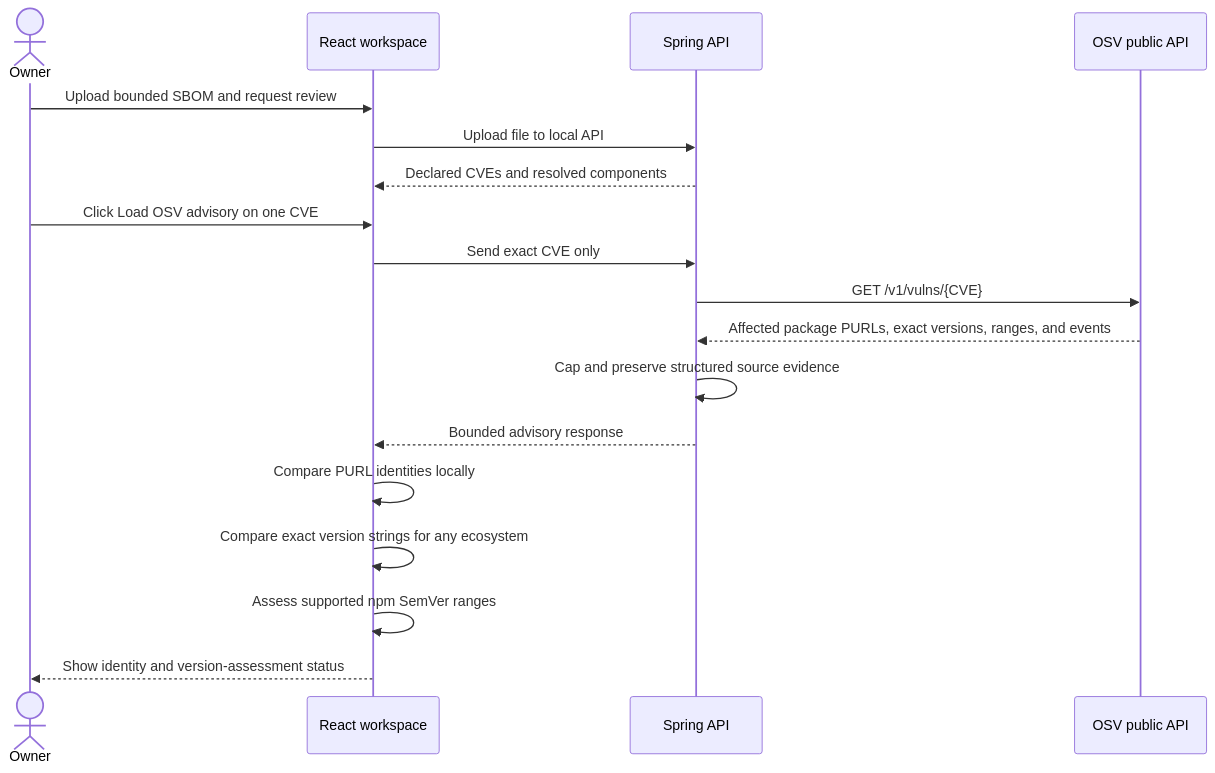
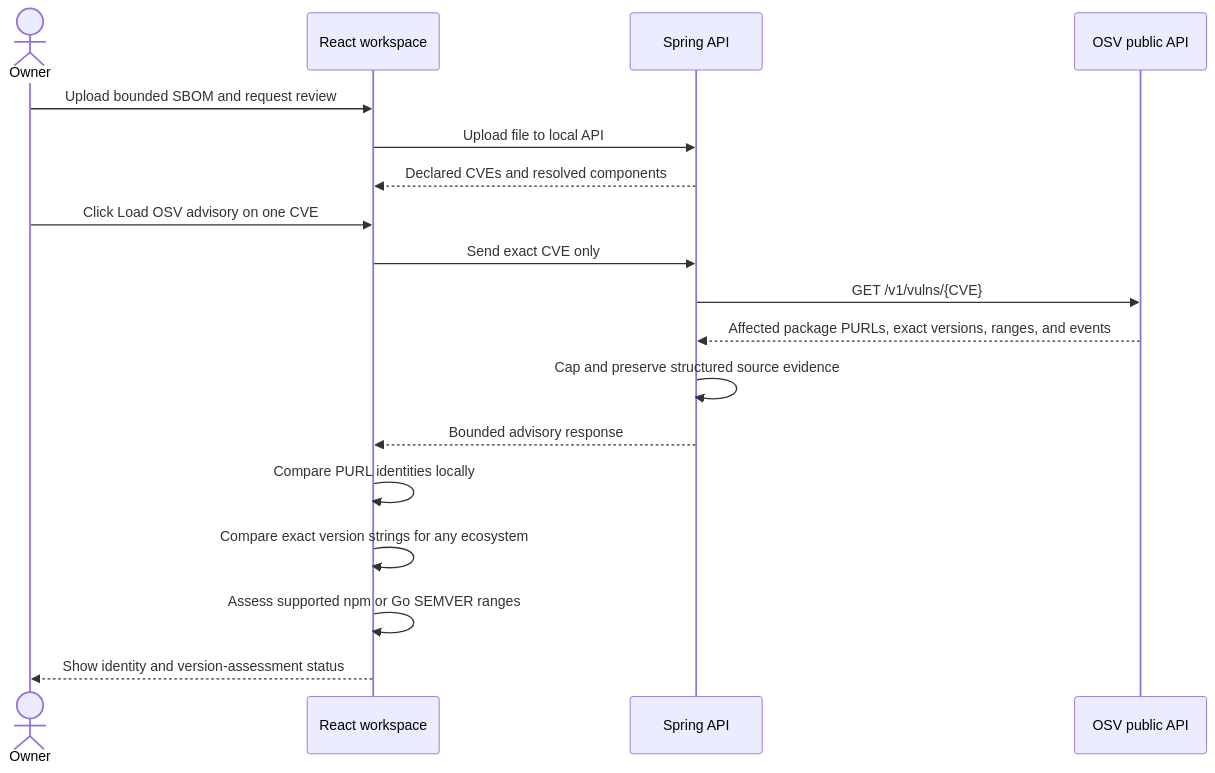
One commit to kavinash0310/aura-ai changed the diagram in docs/05-backend/SBOM-ADVISORY-CORRELATION.md. Above: the diagram before and after it, drawn with Mermaid. The commit also changed other lines of this file and 14 other files, not shown here.

Commit message:
Add bounded Go module SemVer assessment

````diff
--- a/docs/05-backend/SBOM-ADVISORY-CORRELATION.md
+++ b/docs/05-backend/SBOM-ADVISORY-CORRELATION.md
@@ -9,21 +9,21 @@
 ```mermaid
 sequenceDiagram
     actor Owner
     participant UI as React workspace
     participant API as Spring API
     participant OSV as OSV public API
 
     Owner->>UI: Upload bounded SBOM and request review
     UI->>API: Upload file to local API
     API-->>UI: Declared CVEs and resolved components
     Owner->>UI: Click Load OSV advisory on one CVE
     UI->>API: Send exact CVE only
     API->>OSV: GET /v1/vulns/{CVE}
     OSV-->>API: Affected package PURLs, exact versions, ranges, and events
     API->>API: Cap and preserve structured source evidence
     API-->>UI: Bounded advisory response
     UI->>UI: Compare PURL identities locally
     UI->>UI: Compare exact version strings for any ecosystem
-    UI->>UI: Assess supported npm SemVer ranges
+    UI->>UI: Assess supported npm or Go SEMVER ranges
     UI-->>Owner: Show identity and version-assessment status
 ```
````
